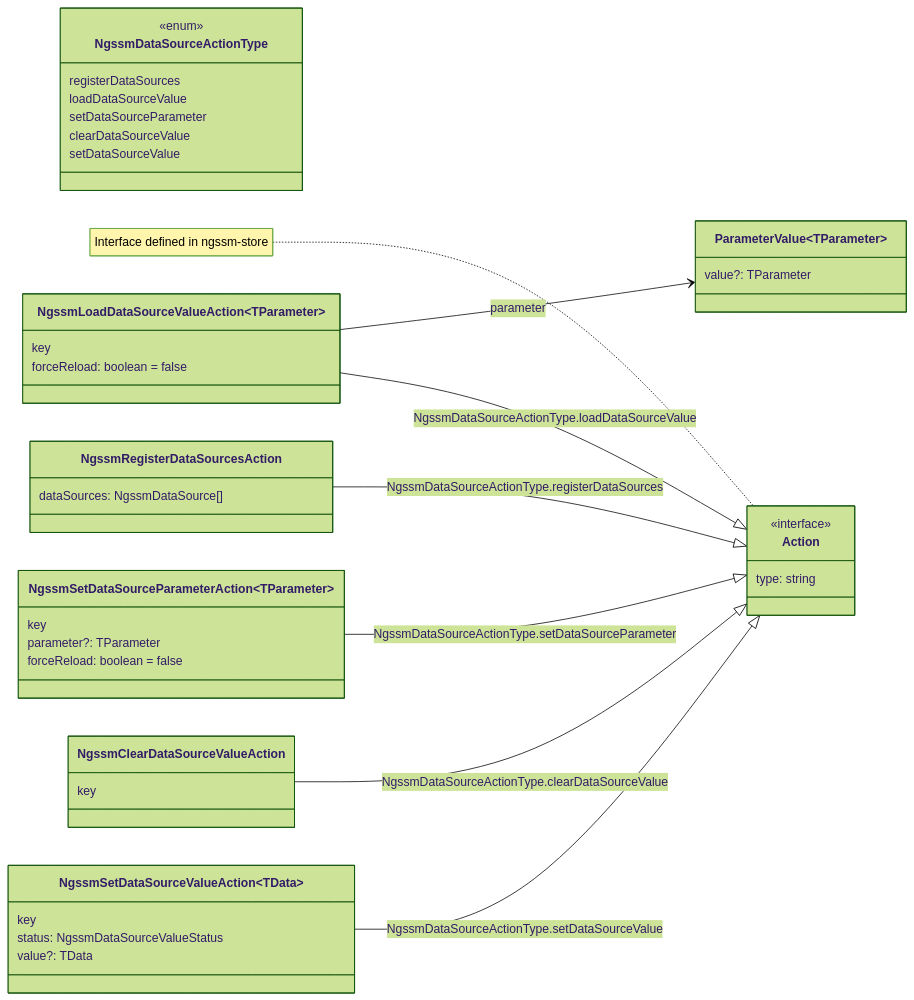
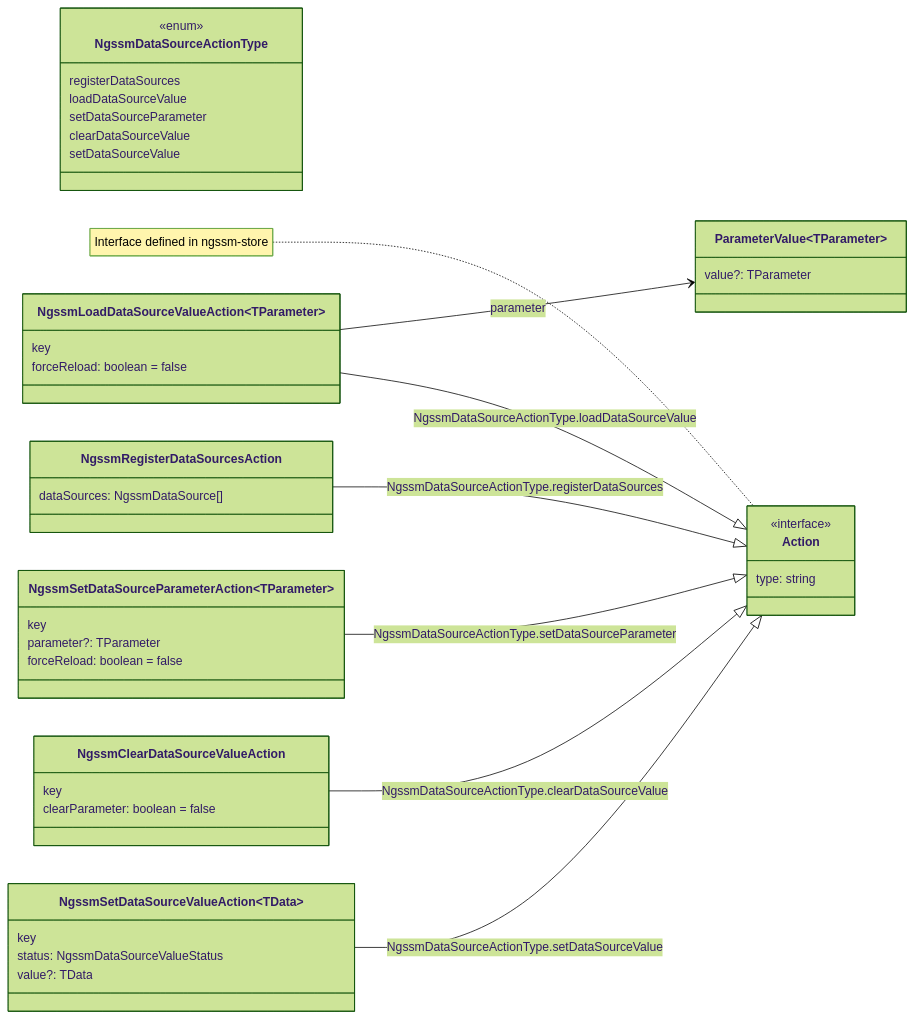
Before and after one commit to LionMarc/ng-simple-state-management: the third of 3 diagrams in docs/libraries/ngssm-data.md, drawn with Mermaid (forest theme). The commit also changed 3 other files, not shown here.

````diff
--- a/docs/libraries/ngssm-data.md
+++ b/docs/libraries/ngssm-data.md
@@ -104,55 +104,56 @@
 ```mermaid
 classDiagram
     direction LR
     class NgssmDataSourceActionType{
         <<enum>>
         registerDataSources
         loadDataSourceValue
         setDataSourceParameter
         clearDataSourceValue
         setDataSourceValue
     }
 
     note for Action "Interface defined in ngssm-store"
     class Action {
         <<interface>>
         type: string
     }
 
     class ParameterValue~TParameter~{
         value?: TParameter
     }
 
     class NgssmLoadDataSourceValueAction~TParameter~{
         key
         forceReload: boolean = false
     }
 
     NgssmLoadDataSourceValueAction-->ParameterValue : parameter
 
     class NgssmRegisterDataSourcesAction{
         dataSources: NgssmDataSource[]
     }
 
     class NgssmSetDataSourceParameterAction~TParameter~{
         key
         parameter?: TParameter
         forceReload: boolean = false
     }
 
     class NgssmClearDataSourceValueAction{
         key
+        clearParameter: boolean = false
     }
 
     class NgssmSetDataSourceValueAction~TData~{
         key
         status: NgssmDataSourceValueStatus
         value?: TData
     }
 
     NgssmRegisterDataSourcesAction --|> Action: NgssmDataSourceActionType.registerDataSources
     NgssmLoadDataSourceValueAction --|> Action: NgssmDataSourceActionType.loadDataSourceValue
     NgssmSetDataSourceParameterAction --|> Action: NgssmDataSourceActionType.setDataSourceParameter
     NgssmClearDataSourceValueAction --|> Action: NgssmDataSourceActionType.clearDataSourceValue
     NgssmSetDataSourceValueAction --|> Action: NgssmDataSourceActionType.setDataSourceValue
 ```
````
